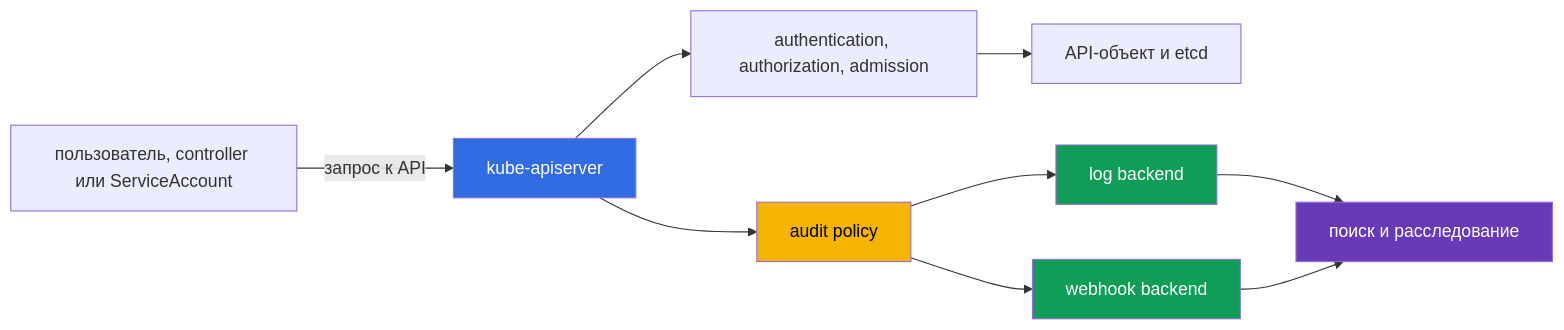
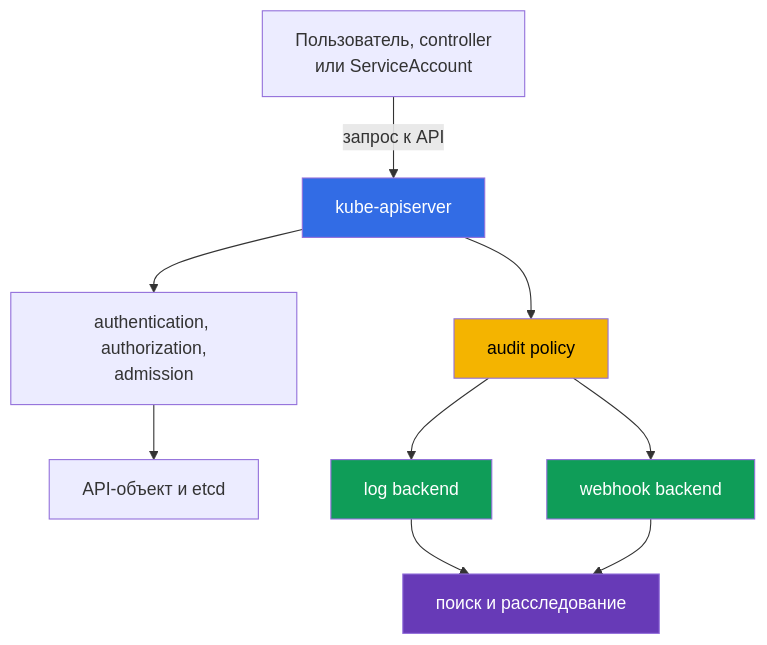
One commit to ViktorUJ/cks changed the diagram in tasks/kcsa/course/14/ru.md. Above: the diagram before and after it, drawn with Mermaid. The commit also changed 60 other files, not shown here.

````diff
--- a/tasks/kcsa/course/14/ru.md
+++ b/tasks/kcsa/course/14/ru.md
@@ -18,16 +18,16 @@
 ```mermaid
-flowchart LR
-    client["пользователь, controller или ServiceAccount"] -->|"запрос к API"| api["kube-apiserver"]
-    api --> auth["authentication, authorization, admission"]
+flowchart TB
+    client["Пользователь, controller<br/>или ServiceAccount"] -->|"запрос к API"| api["kube-apiserver"]
+    api --> auth["authentication, authorization,<br/>admission"]
     auth --> object["API-объект и etcd"]
     api --> policy["audit policy"]
     policy --> log["log backend"]
     policy --> hook["webhook backend"]
     log --> investigation["поиск и расследование"]
     hook --> investigation
     style api fill:#326ce5,color:#fff
     style policy fill:#f4b400,color:#000
     style log fill:#0f9d58,color:#fff
     style hook fill:#0f9d58,color:#fff
     style investigation fill:#673ab7,color:#fff
 ```
````
